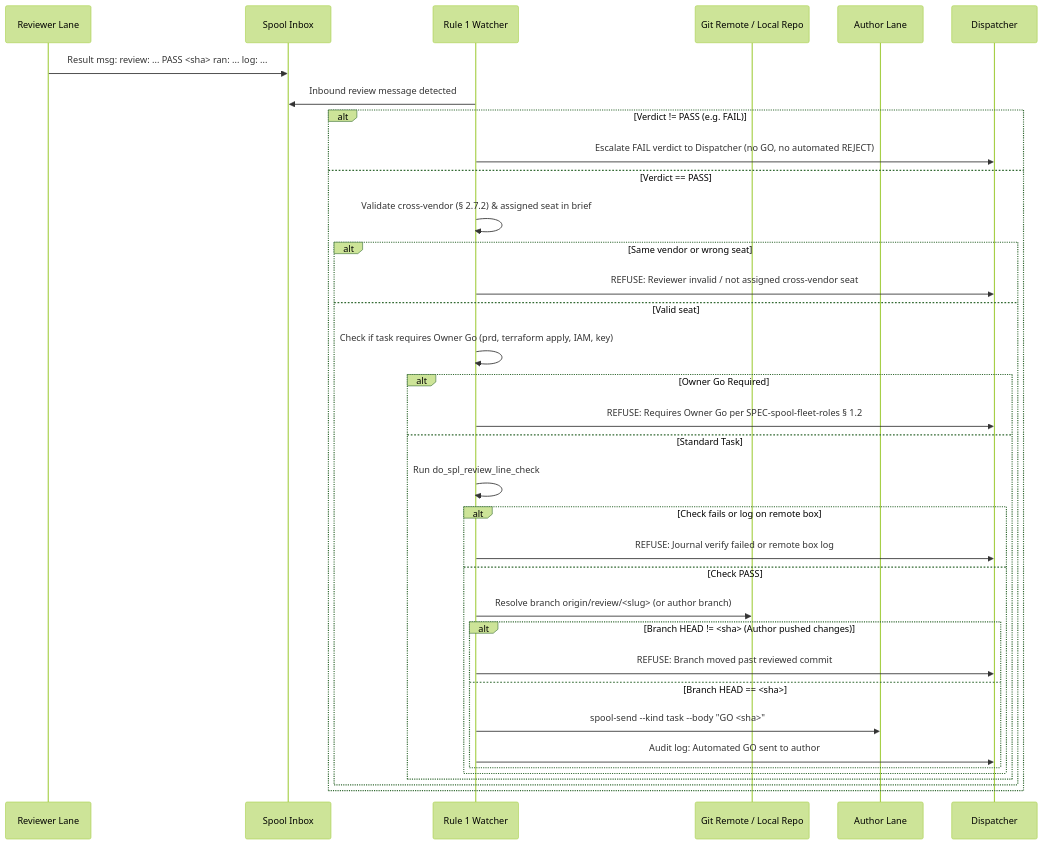
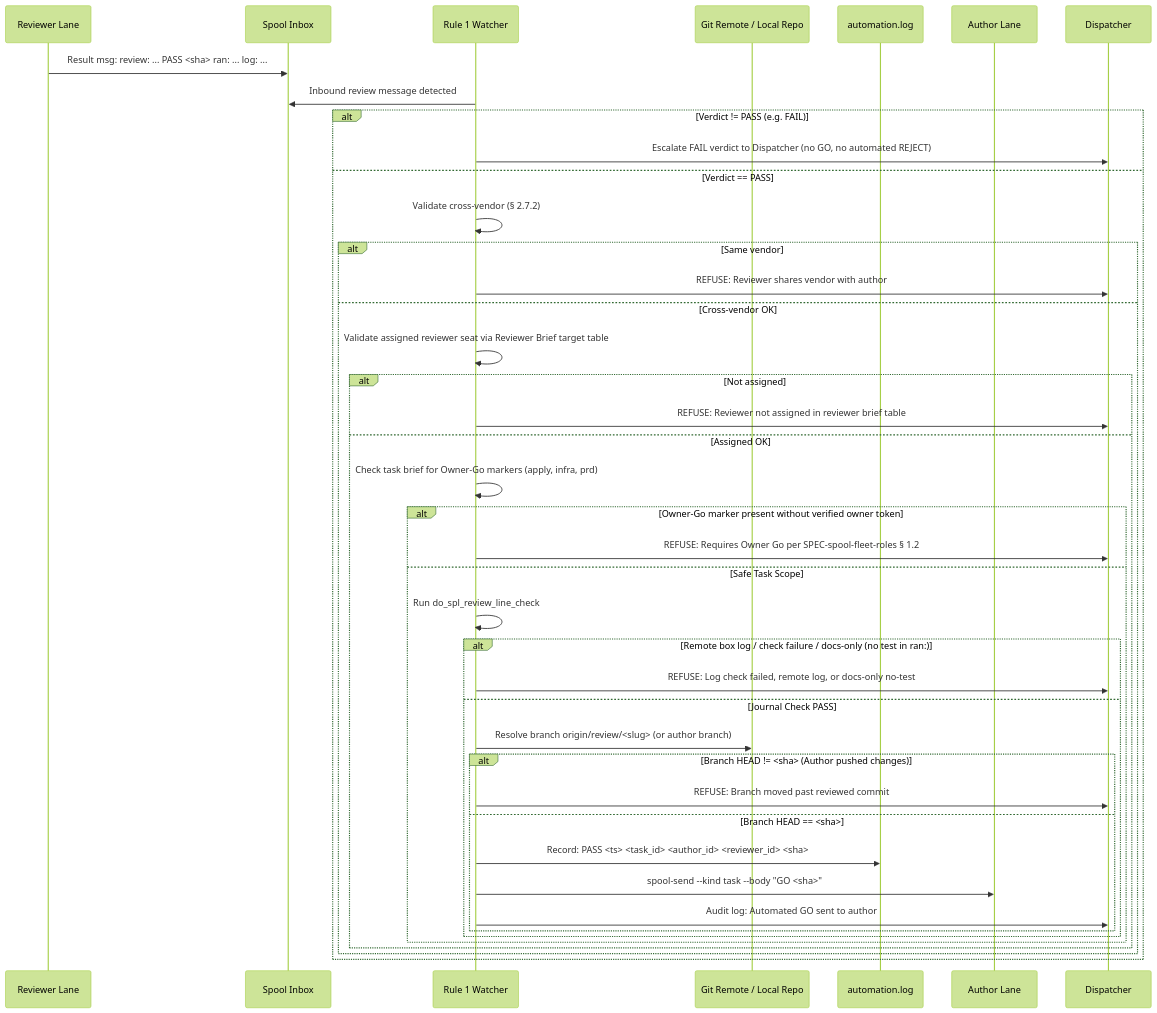
Before and after one commit to csitea/csi-spl: the second of 6 diagrams in csi-spl-doc/specs/157-dispatch-automation/spec.md, drawn with Mermaid (forest theme). The commit also changed other lines of this file, not shown here.

````diff
--- a/csi-spl-doc/specs/157-dispatch-automation/spec.md
+++ b/csi-spl-doc/specs/157-dispatch-automation/spec.md
@@ -110,38 +112,45 @@
 ```mermaid
 sequenceDiagram
     participant R as Reviewer Lane
     participant S as Spool Inbox
     participant W as Rule 1 Watcher
     participant G as Git Remote / Local Repo
+    participant L as automation.log
     participant A as Author Lane
     participant D as Dispatcher
 
     R->>S: Result msg: review: ... PASS <sha> ran: ... log: ...
     W->>S: Inbound review message detected
     alt Verdict != PASS (e.g. FAIL)
         W->>D: Escalate FAIL verdict to Dispatcher (no GO, no automated REJECT)
     else Verdict == PASS
-        W->>W: Validate cross-vendor (§ 2.7.2) & assigned seat in brief
-        alt Same vendor or wrong seat
-            W->>D: REFUSE: Reviewer invalid / not assigned cross-vendor seat
-        else Valid seat
-            W->>W: Check if task requires Owner Go (prd, terraform apply, IAM, key)
-            alt Owner Go Required
-                W->>D: REFUSE: Requires Owner Go per SPEC-spool-fleet-roles § 1.2
-            else Standard Task
-                W->>W: Run do_spl_review_line_check
-                alt Check fails or log on remote box
-                    W->>D: REFUSE: Journal verify failed or remote box log
-                else Check PASS
-                    W->>G: Resolve branch origin/review/<slug> (or author branch)
-                    alt Branch HEAD != <sha> (Author pushed changes)
-                        W->>D: REFUSE: Branch moved past reviewed commit
-                    else Branch HEAD == <sha>
-                        W->>A: spool-send --kind task --body "GO <sha>"
-                        W->>D: Audit log: Automated GO sent to author
+        W->>W: Validate cross-vendor (§ 2.7.2)
+        alt Same vendor
+            W->>D: REFUSE: Reviewer shares vendor with author
+        else Cross-vendor OK
+            W->>W: Validate assigned reviewer seat via Reviewer Brief target table
+            alt Not assigned
+                W->>D: REFUSE: Reviewer not assigned in reviewer brief table
+            else Assigned OK
+                W->>W: Check task brief for Owner-Go markers (apply, infra, prd)
+                alt Owner-Go marker present without verified owner token
+                    W->>D: REFUSE: Requires Owner Go per SPEC-spool-fleet-roles § 1.2
+                else Safe Task Scope
+                    W->>W: Run do_spl_review_line_check
+                    alt Remote box log / check failure / docs-only (no test in ran:)
+                        W->>D: REFUSE: Log check failed, remote log, or docs-only no-test
+                    else Journal Check PASS
+                        W->>G: Resolve branch origin/review/<slug> (or author branch)
+                        alt Branch HEAD != <sha> (Author pushed changes)
+                            W->>D: REFUSE: Branch moved past reviewed commit
+                        else Branch HEAD == <sha>
+                            W->>L: Record: PASS <ts> <task_id> <author_id> <reviewer_id> <sha>
+                            W->>A: spool-send --kind task --body "GO <sha>"
+                            W->>D: Audit log: Automated GO sent to author
+                        end
                     end
                 end
             end
         end
     end
 ```
````
